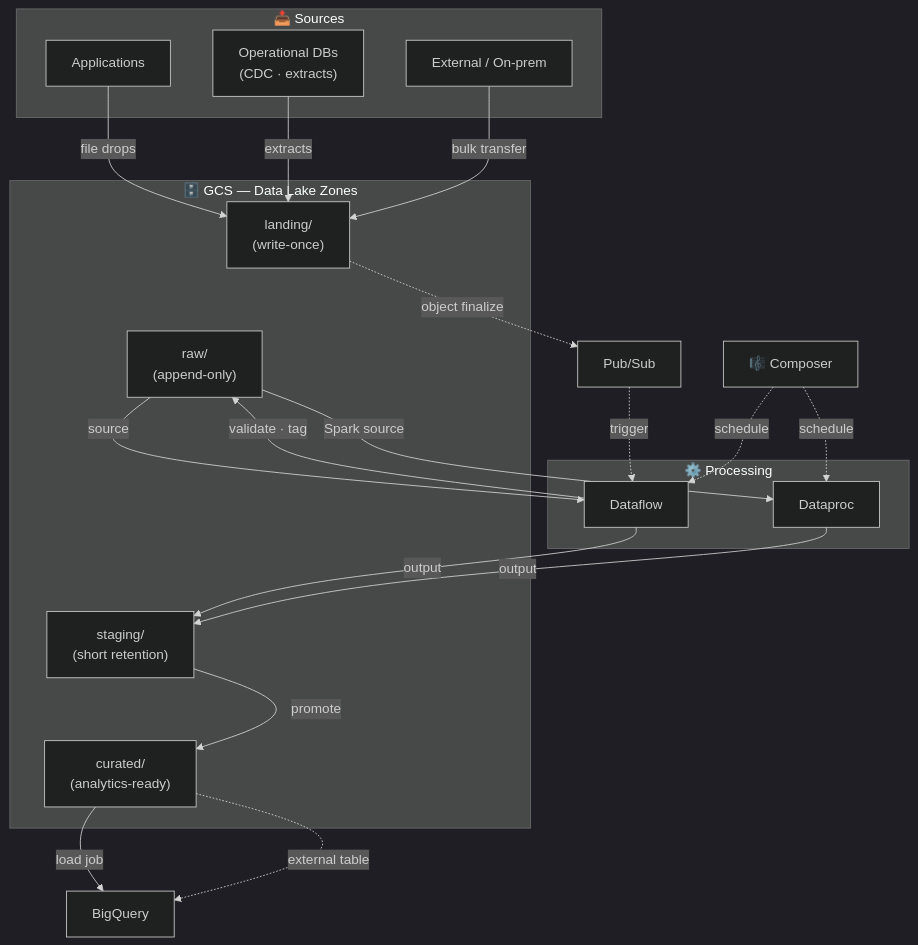
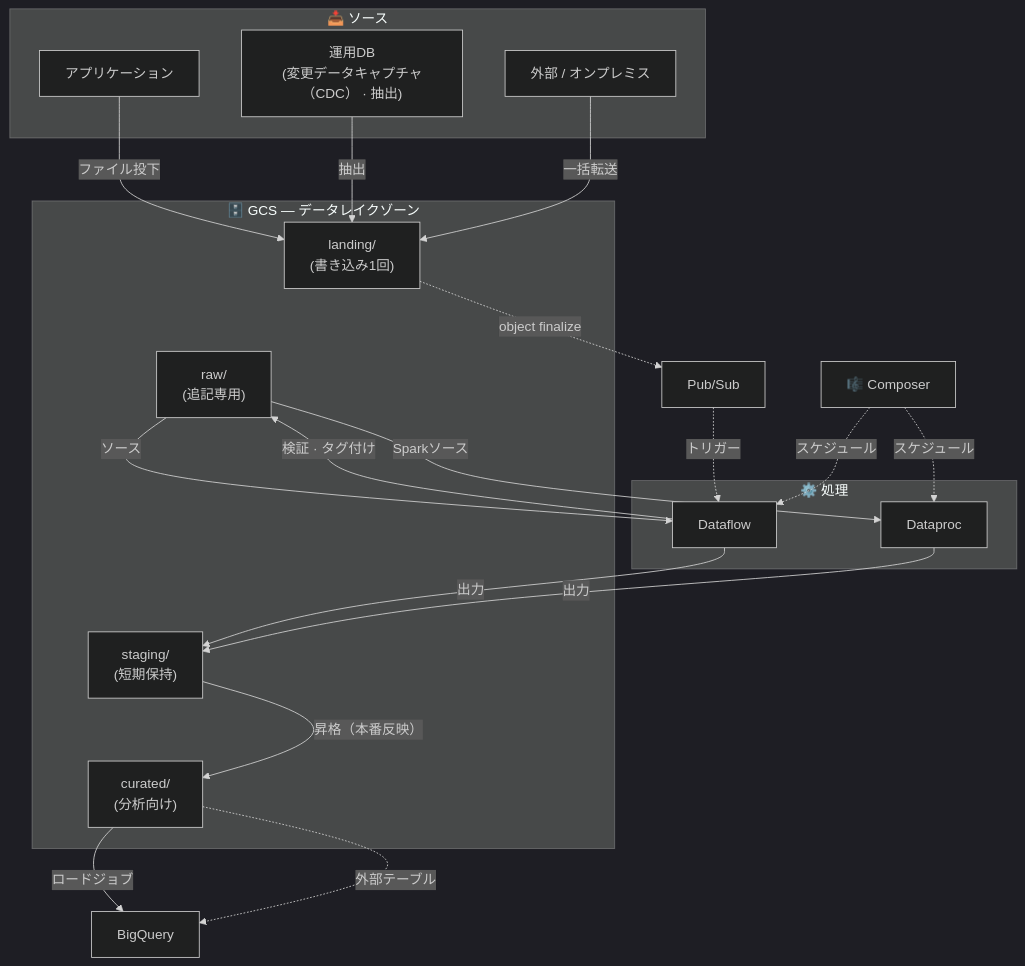
The diagram in content/Storage/Cloud-Storage.md (Maskish86/gcp-pde-exam-guide-ja), drawn with Mermaid (dark theme) before and after one commit. The commit also changed other lines of this file and 30 other files, not shown here.

````diff
--- a/content/Storage/Cloud-Storage.md
+++ b/content/Storage/Cloud-Storage.md
@@ -61,50 +61,50 @@
 ```mermaid
 flowchart TB
 
-subgraph SRC["📥 Sources"]
-    APP[Applications]
-    CDC["Operational DBs<br/>(CDC · extracts)"]
-    EXT[External / On-prem]
+subgraph SRC["📥 ソース"]
+    APP[アプリケーション]
+    CDC["運用DB<br/>(変更データキャプチャ（CDC） · 抽出)"]
+    EXT[外部 / オンプレミス]
 end
 
-subgraph GCS["🗄️ GCS — Data Lake Zones"]
-    LAND["landing/<br/>(write-once)"]
-    RAW["raw/<br/>(append-only)"]
-    STG["staging/<br/>(short retention)"]
-    CUR["curated/<br/>(analytics-ready)"]
+subgraph GCS["🗄️ GCS — データレイクゾーン"]
+    LAND["landing/<br/>(書き込み1回)"]
+    RAW["raw/<br/>(追記専用)"]
+    STG["staging/<br/>(短期保持)"]
+    CUR["curated/<br/>(分析向け)"]
     LAND ~~~ RAW ~~~ STG ~~~ CUR
 end
 
 PS[Pub/Sub]
 ORC["🎼 Composer"]
 
-subgraph PROC["⚙️ Processing"]
+subgraph PROC["⚙️ 処理"]
     DF[Dataflow]
     DPC[Dataproc]
 end
 
 BQ[BigQuery]
 
 %% Sources → landing
-APP -->|file drops| LAND
-CDC -->|extracts| LAND
-EXT -->|bulk transfer| LAND
+APP -->|ファイル投下| LAND
+CDC -->|抽出| LAND
+EXT -->|一括転送| LAND
 
 %% Event-driven ingestion
 LAND -.->|object finalize| PS
-PS -.->|trigger| DF
-DF -->|validate · tag| RAW
+PS -.->|トリガー| DF
+DF -->|検証 · タグ付け| RAW
 
 %% Orchestrated batch: raw → staging
-ORC -.->|schedule| DF
-ORC -.->|schedule| DPC
-RAW -->|source| DF
-RAW -->|Spark source| DPC
-DF -->|output| STG
-DPC -->|output| STG
+ORC -.->|スケジュール| DF
+ORC -.->|スケジュール| DPC
+RAW -->|ソース| DF
+RAW -->|Sparkソース| DPC
+DF -->|出力| STG
+DPC -->|出力| STG
 
 %% Curated → analytics
-STG -->|promote| CUR
-CUR -->|load job| BQ
-CUR -.->|external table| BQ
+STG -->|昇格（本番反映）| CUR
+CUR -->|ロードジョブ| BQ
+CUR -.->|外部テーブル| BQ
 ```
````
